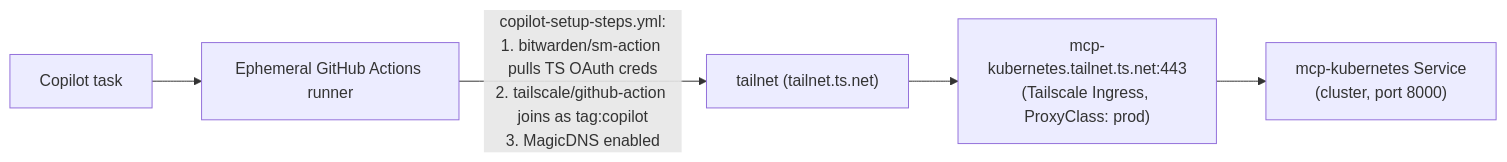
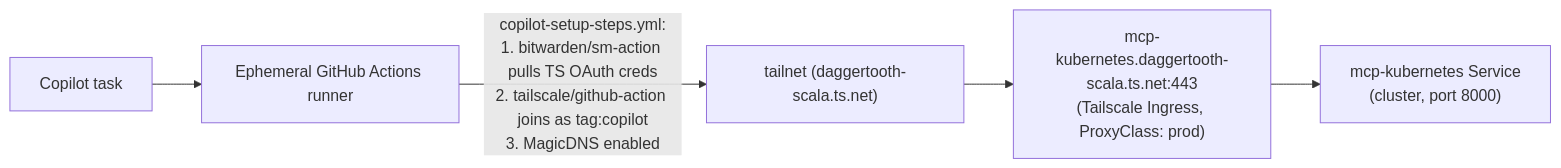
The diagram in docs/copilot-cloud-agent.md (hexabyte8/homelab), drawn with Mermaid before and after one commit. The commit also changed other lines of this file and 18 other files, not shown here.

Commit message:
Add .github/copilot-instructions.md for Copilot cloud agent MCP connectivity (#126)

````diff
--- a/docs/copilot-cloud-agent.md
+++ b/docs/copilot-cloud-agent.md
@@ -15,7 +15,7 @@
 ```mermaid
 flowchart LR
   task["Copilot task"] --> runner["Ephemeral GitHub Actions runner"]
-  runner -- "copilot-setup-steps.yml:<br/>1. bitwarden/sm-action pulls TS OAuth creds<br/>2. tailscale/github-action joins as tag:copilot<br/>3. MagicDNS enabled" --> tailnet["tailnet (tailnet.ts.net)"]
-  tailnet --> ingress["mcp-kubernetes.tailnet.ts.net:443<br/>(Tailscale Ingress, ProxyClass: prod)"]
+  runner -- "copilot-setup-steps.yml:<br/>1. bitwarden/sm-action pulls TS OAuth creds<br/>2. tailscale/github-action joins as tag:copilot<br/>3. MagicDNS enabled" --> tailnet["tailnet (daggertooth-scala.ts.net)"]
+  tailnet --> ingress["mcp-kubernetes.daggertooth-scala.ts.net:443<br/>(Tailscale Ingress, ProxyClass: prod)"]
   ingress --> svc["mcp-kubernetes Service<br/>(cluster, port 8000)"]
 ```
````
